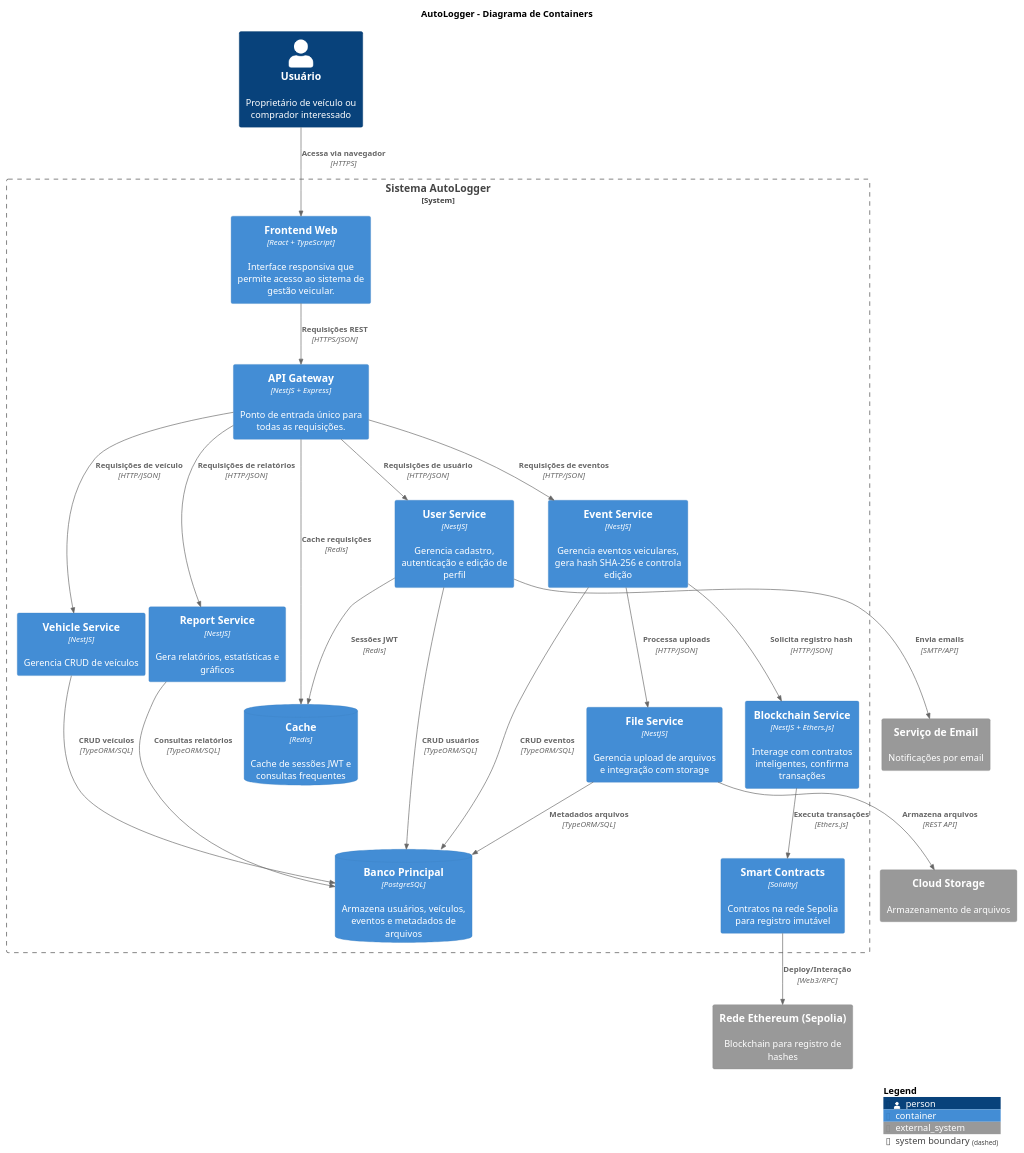
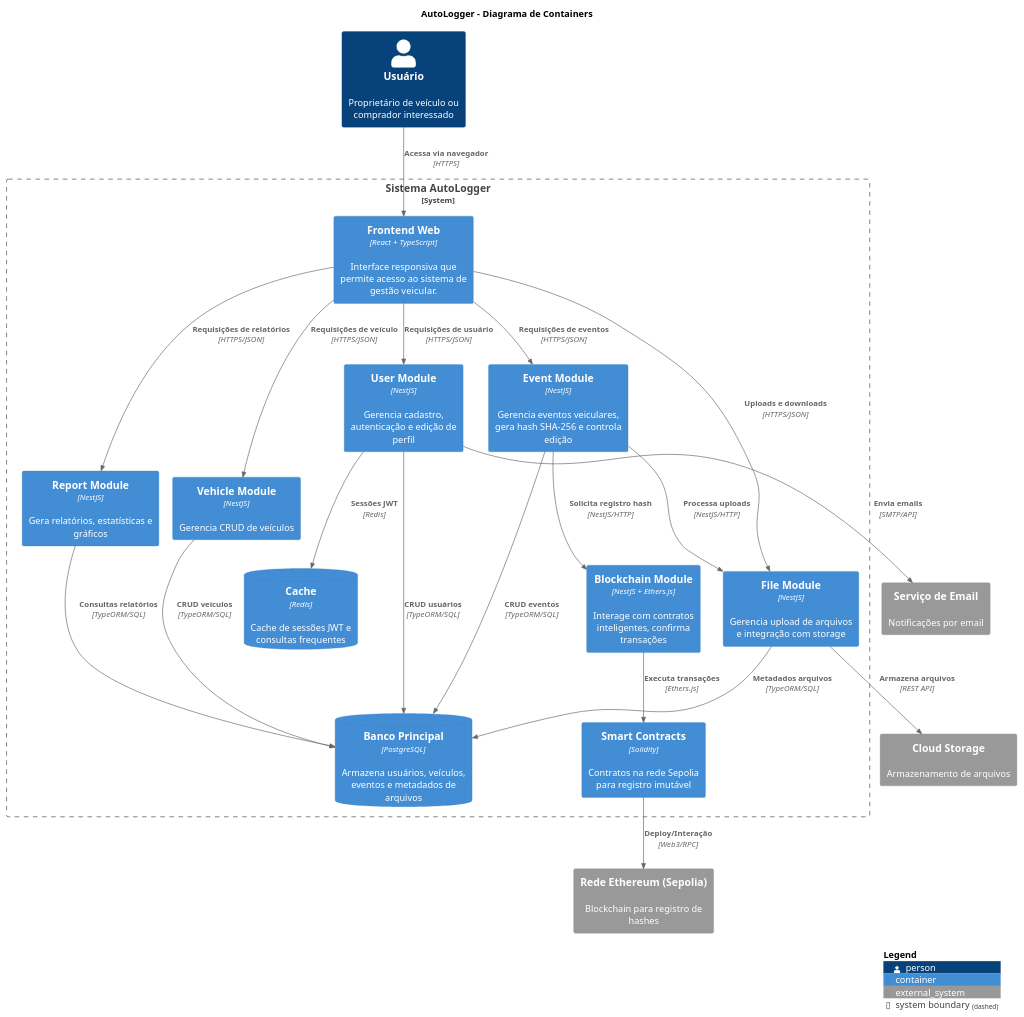
The second of 3 diagrams in docs/c4_architecture.puml (Pellegr1n1/autologger-services), drawn with PlantUML before and after one commit. The commit also changed other lines of this file, not shown here.

Commit message:
Ajuste no diagrama C4

```diff
--- a/docs/c4_architecture.puml
+++ b/docs/c4_architecture.puml
@@ -32,64 +31,61 @@
 @startuml AutoLogger_C4_level2
 !includeurl https://raw.githubusercontent.com/plantuml-stdlib/C4-PlantUML/master/C4_Container.puml
 
 title AutoLogger - Diagrama de Containers
 
 LAYOUT_TOP_DOWN()
 
 Person(user, "Usuário", "Proprietário de veículo ou comprador interessado")
 
 System_Boundary(autologger_boundary, "Sistema AutoLogger") {
     Container(frontend, "Frontend Web", "React + TypeScript", "Interface responsiva que permite acesso ao sistema de gestão veicular.")
     
-    Container(api_gateway, "API Gateway", "NestJS + Express", "Ponto de entrada único para todas as requisições.")
+    Container(user_module, "User Module", "NestJS", "Gerencia cadastro, autenticação e edição de perfil")
     
-    Container(user_service, "User Service", "NestJS", "Gerencia cadastro, autenticação e edição de perfil")
+    Container(vehicle_module, "Vehicle Module", "NestJS", "Gerencia CRUD de veículos")
     
-    Container(vehicle_service, "Vehicle Service", "NestJS", "Gerencia CRUD de veículos")
+    Container(event_module, "Event Module", "NestJS", "Gerencia eventos veiculares, gera hash SHA-256 e controla edição")
     
-    Container(event_service, "Event Service", "NestJS", "Gerencia eventos veiculares, gera hash SHA-256 e controla edição")
+    Container(report_module, "Report Module", "NestJS", "Gera relatórios, estatísticas e gráficos")
     
-    Container(report_service, "Report Service", "NestJS", "Gera relatórios, estatísticas e gráficos")
+    Container(blockchain_module, "Blockchain Module", "NestJS + Ethers.js", "Interage com contratos inteligentes, confirma transações")
     
-    Container(blockchain_service, "Blockchain Service", "NestJS + Ethers.js", "Interage com contratos inteligentes, confirma transações")
-    
-    Container(file_service, "File Service", "NestJS", "Gerencia upload de arquivos e integração com storage")
+    Container(file_module, "File Module", "NestJS", "Gerencia upload de arquivos e integração com storage")
     
     ContainerDb(main_db, "Banco Principal", "PostgreSQL", "Armazena usuários, veículos, eventos e metadados de arquivos")
     
     ContainerDb(cache_db, "Cache", "Redis", "Cache de sessões JWT e consultas frequentes")
     
     Container(smart_contracts, "Smart Contracts", "Solidity", "Contratos na rede Sepolia para registro imutável")
 }
 
 System_Ext(ethereum_net, "Rede Ethereum (Sepolia)", "Blockchain para registro de hashes")
 System_Ext(email_ext, "Serviço de Email", "Notificações por email")
 System_Ext(storage_ext, "Cloud Storage", "Armazenamento de arquivos")
 
 Rel(user, frontend, "Acessa via navegador", "HTTPS")
-Rel(frontend, api_gateway, "Requisições REST", "HTTPS/JSON")
 
-Rel(api_gateway, user_service, "Requisições de usuário", "HTTP/JSON")
-Rel(api_gateway, vehicle_service, "Requisições de veículo", "HTTP/JSON")
-Rel(api_gateway, event_service, "Requisições de eventos", "HTTP/JSON")
-Rel(api_gateway, report_service, "Requisições de relatórios", "HTTP/JSON")
+Rel(frontend, user_module, "Requisições de usuário", "HTTPS/JSON")
+Rel(frontend, vehicle_module, "Requisições de veículo", "HTTPS/JSON")
+Rel(frontend, event_module, "Requisições de eventos", "HTTPS/JSON")
+Rel(frontend, report_module, "Requisições de relatórios", "HTTPS/JSON")
+Rel(frontend, file_module, "Uploads e downloads", "HTTPS/JSON")
 
-Rel(user_service, main_db, "CRUD usuários", "TypeORM/SQL")
-Rel(vehicle_service, main_db, "CRUD veículos", "TypeORM/SQL")
-Rel(event_service, main_db, "CRUD eventos", "TypeORM/SQL")
-Rel(report_service, main_db, "Consultas relatórios", "TypeORM/SQL")
-Rel(file_service, main_db, "Metadados arquivos", "TypeORM/SQL")
+Rel(user_module, main_db, "CRUD usuários", "TypeORM/SQL")
+Rel(vehicle_module, main_db, "CRUD veículos", "TypeORM/SQL")
+Rel(event_module, main_db, "CRUD eventos", "TypeORM/SQL")
+Rel(report_module, main_db, "Consultas relatórios", "TypeORM/SQL")
+Rel(file_module, main_db, "Metadados arquivos", "TypeORM/SQL")
 
-Rel(user_service, cache_db, "Sessões JWT", "Redis")
-Rel(api_gateway, cache_db, "Cache requisições", "Redis")
+Rel(user_module, cache_db, "Sessões JWT", "Redis")
 
-Rel(event_service, blockchain_service, "Solicita registro hash", "HTTP/JSON")
-Rel(blockchain_service, smart_contracts, "Executa transações", "Ethers.js")
+Rel(event_module, blockchain_module, "Solicita registro hash", "NestJS/HTTP")
+Rel(blockchain_module, smart_contracts, "Executa transações", "Ethers.js")
 Rel(smart_contracts, ethereum_net, "Deploy/Interação", "Web3/RPC")
 
-Rel(event_service, file_service, "Processa uploads", "HTTP/JSON")
-Rel(file_service, storage_ext, "Armazena arquivos", "REST API")
-Rel(user_service, email_ext, "Envia emails", "SMTP/API")
+Rel(event_module, file_module, "Processa uploads", "NestJS/HTTP")
+Rel(file_module, storage_ext, "Armazena arquivos", "REST API")
+Rel(user_module, email_ext, "Envia emails", "SMTP/API")
 
 SHOW_LEGEND()
 @enduml
```
